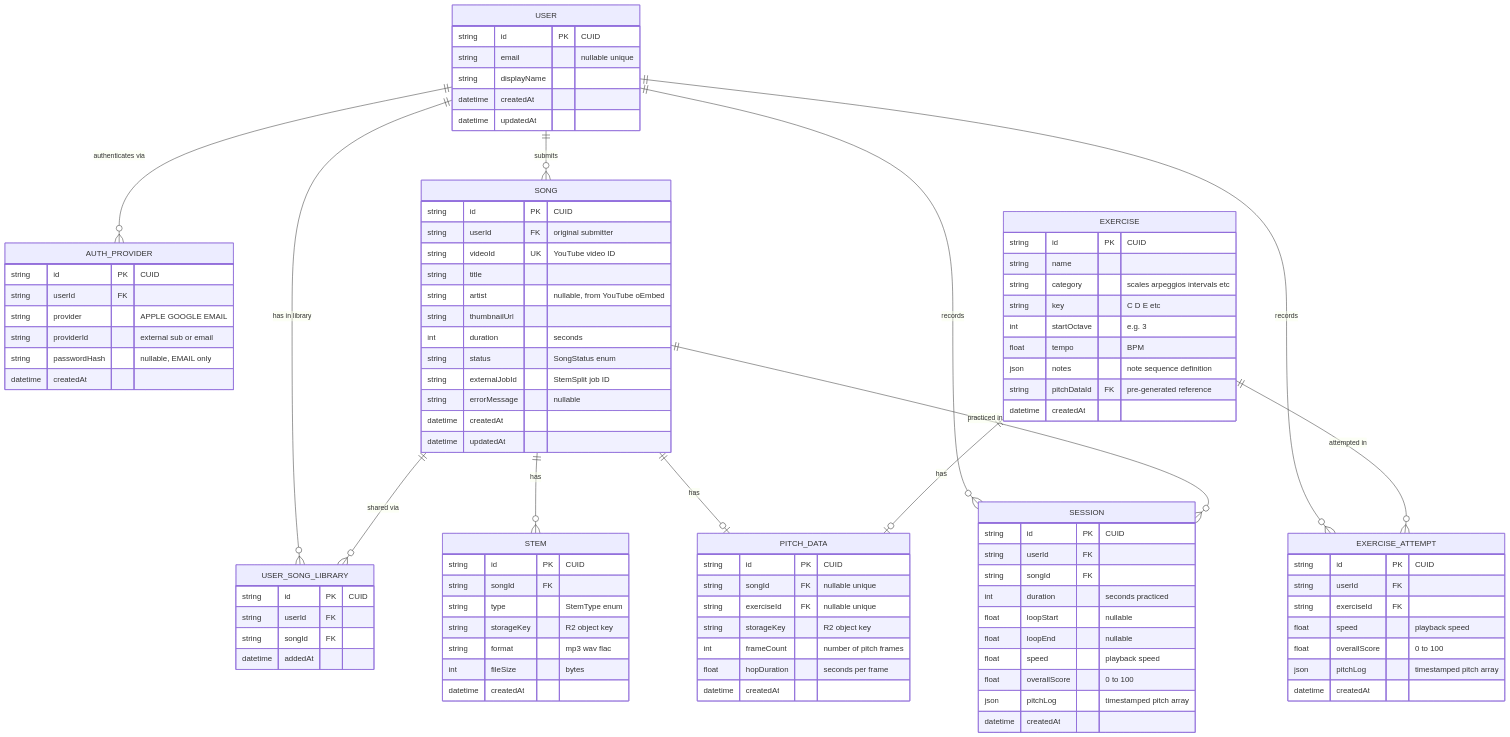
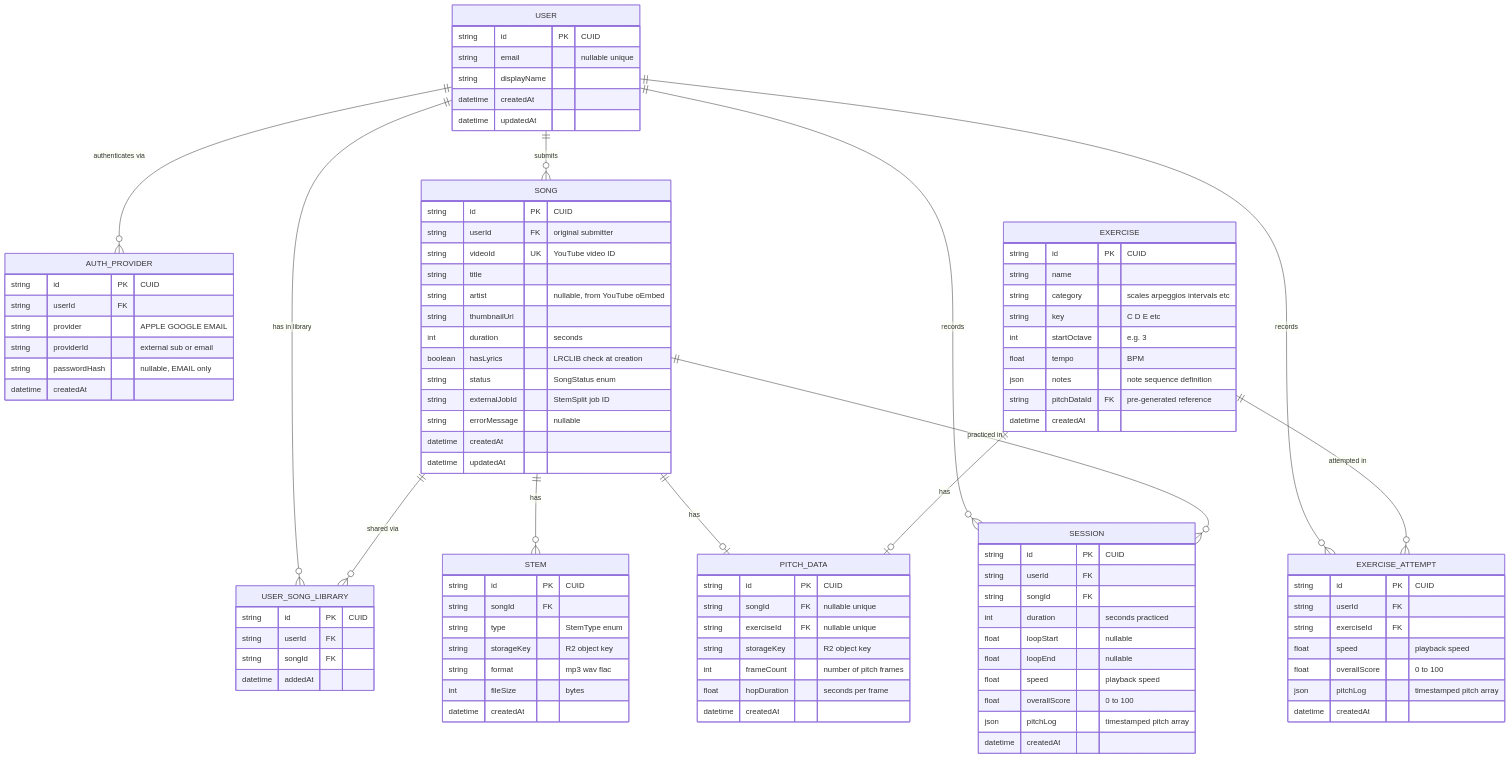
Before and after one commit to pawelgawliczek/intonavio: the diagram in docs/04-data-models.md, drawn with Mermaid. The commit also changed 4 other files, not shown here.

```diff
--- a/docs/04-data-models.md
+++ b/docs/04-data-models.md
@@ -70,6 +70,7 @@
         string artist "nullable, from YouTube oEmbed"
         string thumbnailUrl
         int duration "seconds"
+        boolean hasLyrics "LRCLIB check at creation"
         string status "SongStatus enum"
         string externalJobId "StemSplit job ID"
         string errorMessage "nullable"
```
